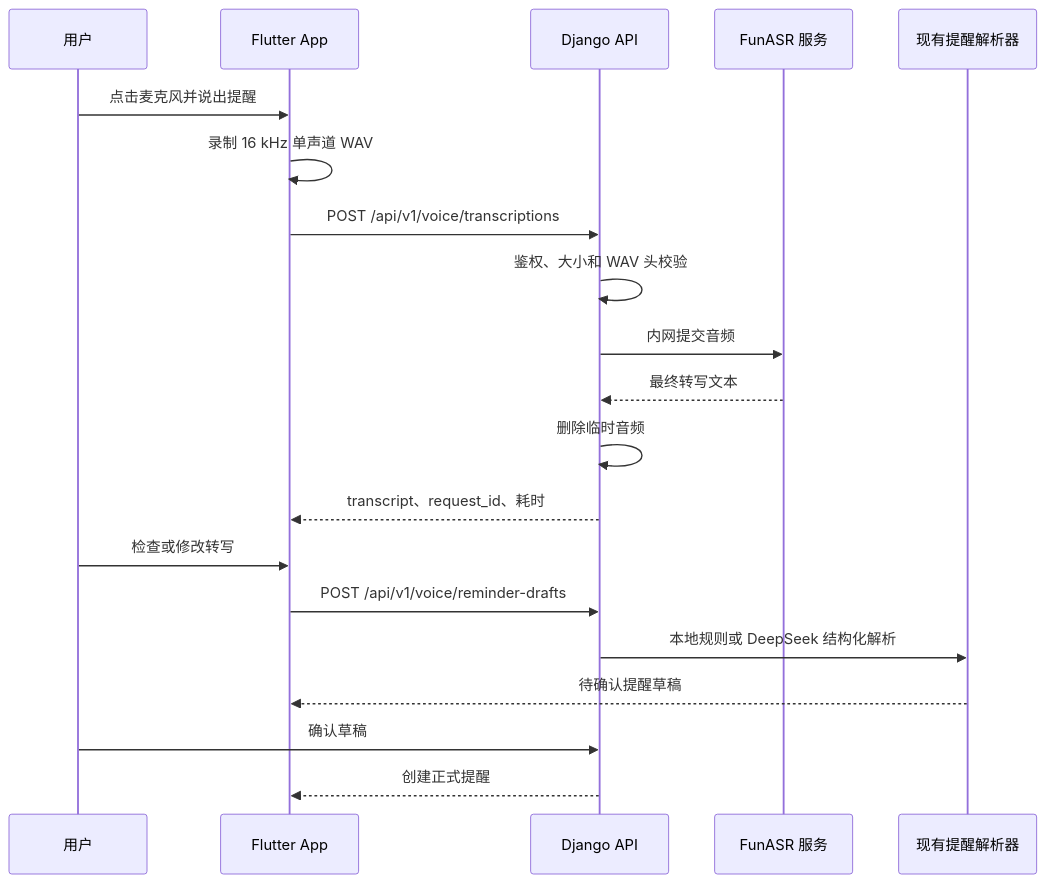
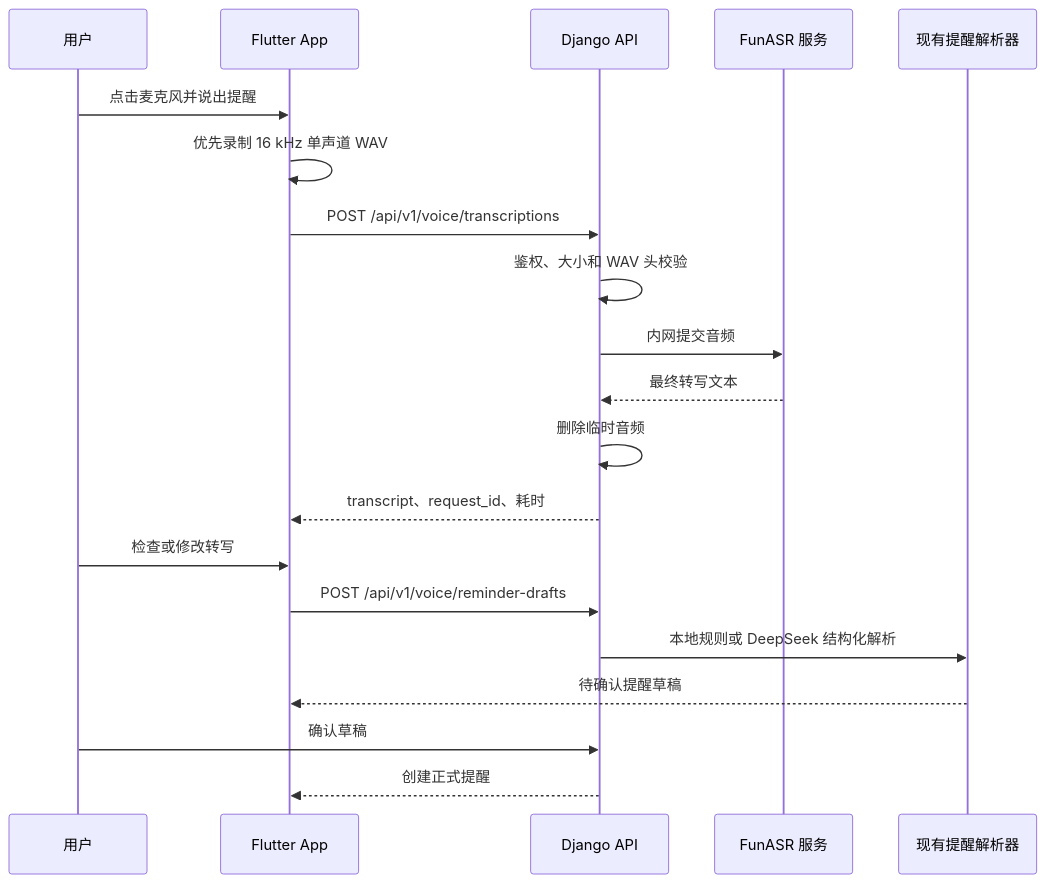
One commit to lewyoung1989-lang/smart-reminder changed the diagram in docs/superpowers/specs/2026-08-05-funasr-server-asr-design.md. Above: the diagram before and after it, drawn with Mermaid. The commit also changed other lines of this file and 3 other files, not shown here.

Commit message:
docs: record project v2 enhancement roadmap

````diff
--- a/docs/superpowers/specs/2026-08-05-funasr-server-asr-design.md
+++ b/docs/superpowers/specs/2026-08-05-funasr-server-asr-design.md
@@ -44,23 +44,23 @@
 ```mermaid
 sequenceDiagram
   participant U as 用户
   participant A as Flutter App
   participant D as Django API
   participant F as FunASR 服务
   participant P as 现有提醒解析器
 
   U->>A: 点击麦克风并说出提醒
-  A->>A: 录制 16 kHz 单声道 WAV
+  A->>A: 优先录制 16 kHz 单声道 WAV
   A->>D: POST /api/v1/voice/transcriptions
   D->>D: 鉴权、大小和 WAV 头校验
   D->>F: 内网提交音频
   F-->>D: 最终转写文本
   D->>D: 删除临时音频
   D-->>A: transcript、request_id、耗时
   U->>A: 检查或修改转写
   A->>D: POST /api/v1/voice/reminder-drafts
   D->>P: 本地规则或 DeepSeek 结构化解析
   P-->>A: 待确认提醒草稿
   U->>D: 确认草稿
   D-->>A: 创建正式提醒
 ```
````
